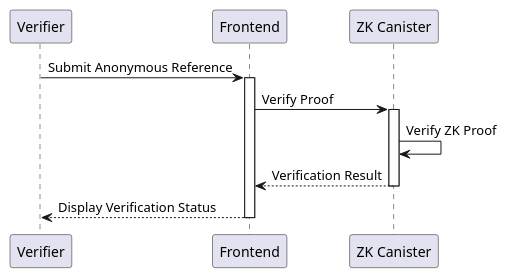
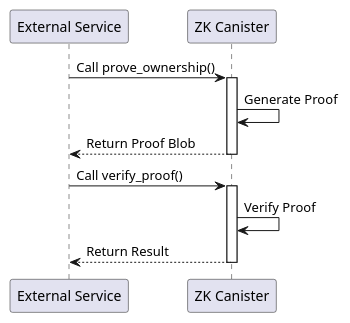
One commit to gabrielrondon/ghost_dev changed the second of 2 diagrams in docs/milestone1.md. Above: the diagram before and after it, drawn with PlantUML. The commit also changed other lines of this file and 204 other files, not shown here.

````diff
--- a/docs/milestone1.md
+++ b/docs/milestone1.md
@@ -141,17 +368,18 @@
 ```plantuml
 @startuml
-participant "Verifier" as V
-participant "Frontend" as FE
+participant "External Service" as ES
 participant "ZK Canister" as ZK
 
-V -> FE: Submit Anonymous Reference
-activate FE
-FE -> ZK: Verify Proof
+ES -> ZK: Call prove_ownership()
 activate ZK
-ZK -> ZK: Verify ZK Proof
-ZK --> FE: Verification Result
+ZK -> ZK: Generate Proof
+ZK --> ES: Return Proof Blob
 deactivate ZK
-FE --> V: Display Verification Status
-deactivate FE
+
+ES -> ZK: Call verify_proof()
+activate ZK
+ZK -> ZK: Verify Proof
+ZK --> ES: Return Result
+deactivate ZK
 @enduml
 ```
````
